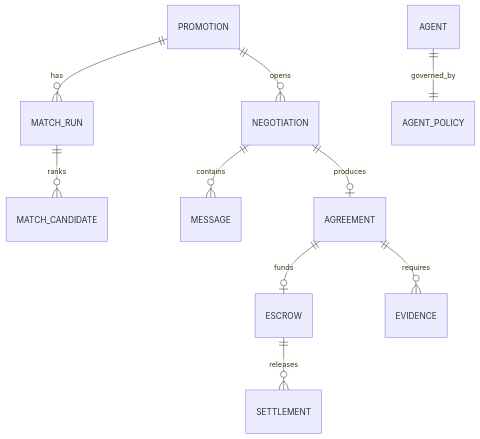
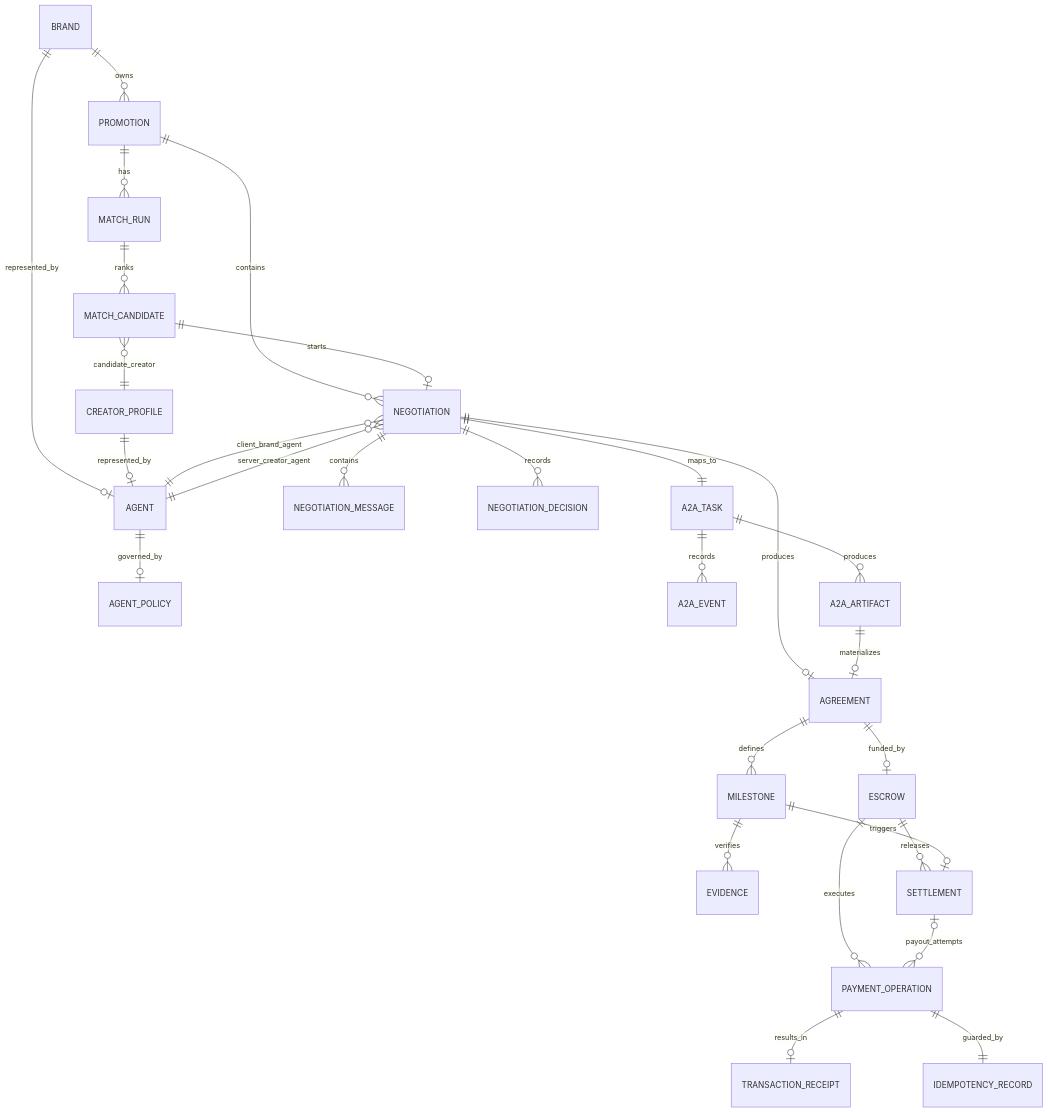
Before and after one commit to METHEZONE/knot: the diagram in docs/06_DOMAIN_DATA_MODEL.md, drawn with Mermaid. The commit also changed other lines of this file and 15 other files, not shown here.

Commit message:
fix(backend): align Firestore ERD and persistence references

````diff
--- a/docs/06_DOMAIN_DATA_MODEL.md
+++ b/docs/06_DOMAIN_DATA_MODEL.md
@@ -5,12 +5,38 @@
 ```mermaid
 erDiagram
+    BRAND ||--o{ PROMOTION : owns
+    BRAND ||--o| AGENT : represented_by
+    CREATOR_PROFILE ||--o| AGENT : represented_by
+    AGENT ||--o| AGENT_POLICY : governed_by
+
     PROMOTION ||--o{ MATCH_RUN : has
     MATCH_RUN ||--o{ MATCH_CANDIDATE : ranks
-    PROMOTION ||--o{ NEGOTIATION : opens
-    NEGOTIATION ||--o{ MESSAGE : contains
+    MATCH_CANDIDATE }o--|| CREATOR_PROFILE : candidate_creator
+
+    PROMOTION ||--o{ NEGOTIATION : contains
+    MATCH_CANDIDATE ||--o| NEGOTIATION : starts
+    NEGOTIATION }o--|| AGENT : client_brand_agent
+    NEGOTIATION }o--|| AGENT : server_creator_agent
+
+    NEGOTIATION ||--o{ NEGOTIATION_MESSAGE : contains
+    NEGOTIATION ||--o{ NEGOTIATION_DECISION : records
+    NEGOTIATION ||--|| A2A_TASK : maps_to
+
+    A2A_TASK ||--o{ A2A_EVENT : records
+    A2A_TASK ||--o{ A2A_ARTIFACT : produces
+
     NEGOTIATION ||--o| AGREEMENT : produces
-    AGREEMENT ||--o| ESCROW : funds
+    A2A_ARTIFACT ||--o| AGREEMENT : materializes
+
+    AGREEMENT ||--o{ MILESTONE : defines
+    MILESTONE ||--o{ EVIDENCE : verifies
+
+    AGREEMENT ||--o| ESCROW : funded_by
     ESCROW ||--o{ SETTLEMENT : releases
-    AGREEMENT ||--o{ EVIDENCE : requires
-    AGENT ||--|| AGENT_POLICY : governed_by
+    MILESTONE ||--o| SETTLEMENT : triggers
+
+    ESCROW ||--o{ PAYMENT_OPERATION : executes
+    SETTLEMENT o|--o{ PAYMENT_OPERATION : payout_attempts
+    PAYMENT_OPERATION ||--o| TRANSACTION_RECEIPT : results_in
+    PAYMENT_OPERATION ||--|| IDEMPOTENCY_RECORD : guarded_by
 ```
````
